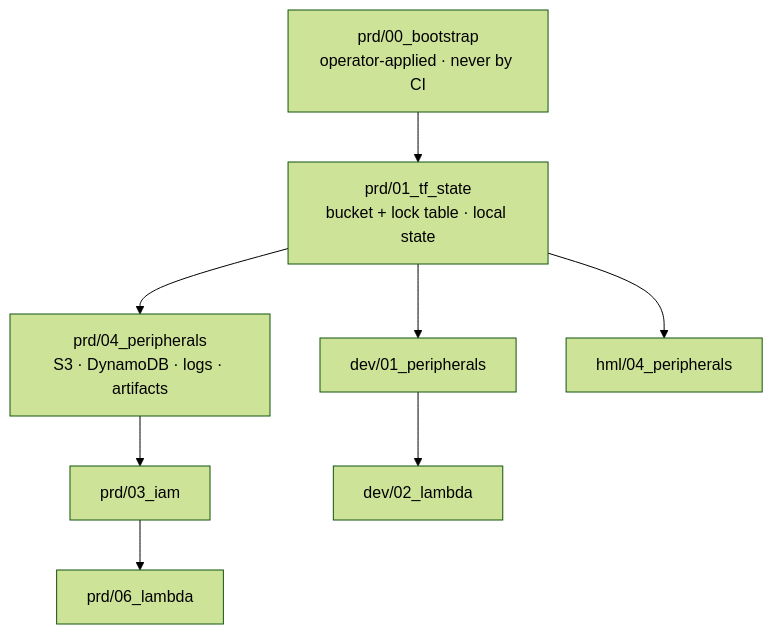
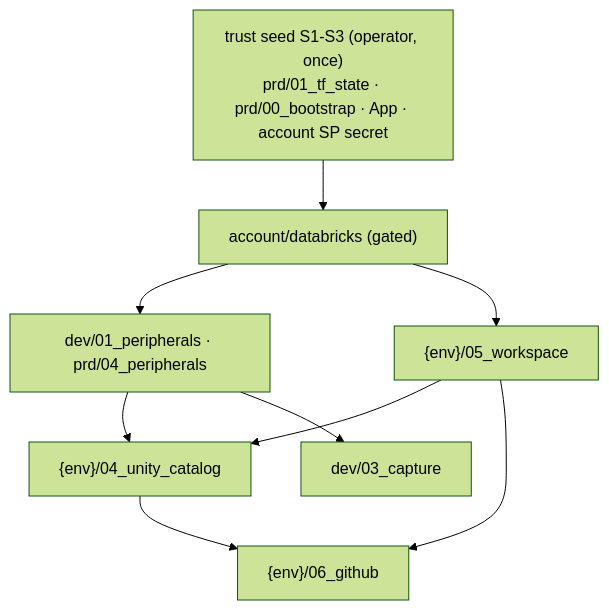
One commit to marcoaureliomenezes/dd_chain_explorer changed the second of 2 diagrams in specs/memory/architecture.md. Above: the diagram before and after it, drawn with Mermaid (forest theme). The commit also changed other lines of this file and 11 other files, not shown here.

````diff
--- a/specs/memory/architecture.md
+++ b/specs/memory/architecture.md
@@ -155,8 +85,9 @@
 ```mermaid
 flowchart TD
-  BOOT["prd/00_bootstrap<br/>operator-applied · never by CI"] --> STATE["prd/01_tf_state<br/>bucket + lock table · local state"]
-  STATE --> P1["prd/04_peripherals<br/>S3 · DynamoDB · logs · artifacts"]
-  STATE --> DEV1["dev/01_peripherals"] & HML["hml/04_peripherals"]
-  P1 --> P2["prd/03_iam"] --> P3["prd/06_lambda"]
-  DEV1 --> DEV2["dev/02_lambda"]
+  SEED["trust seed S1-S3 (operator, once)<br/>prd/01_tf_state · prd/00_bootstrap · App · account SP secret"] --> ACC["account/databricks (gated)"]
+  ACC --> P1["dev/01_peripherals · prd/04_peripherals"]
+  ACC --> WS["{env}/05_workspace"]
+  P1 & WS --> UC["{env}/04_unity_catalog"]
+  WS & UC --> GH["{env}/06_github"]
+  P1 --> CAPT["dev/03_capture"]
 ```
````
